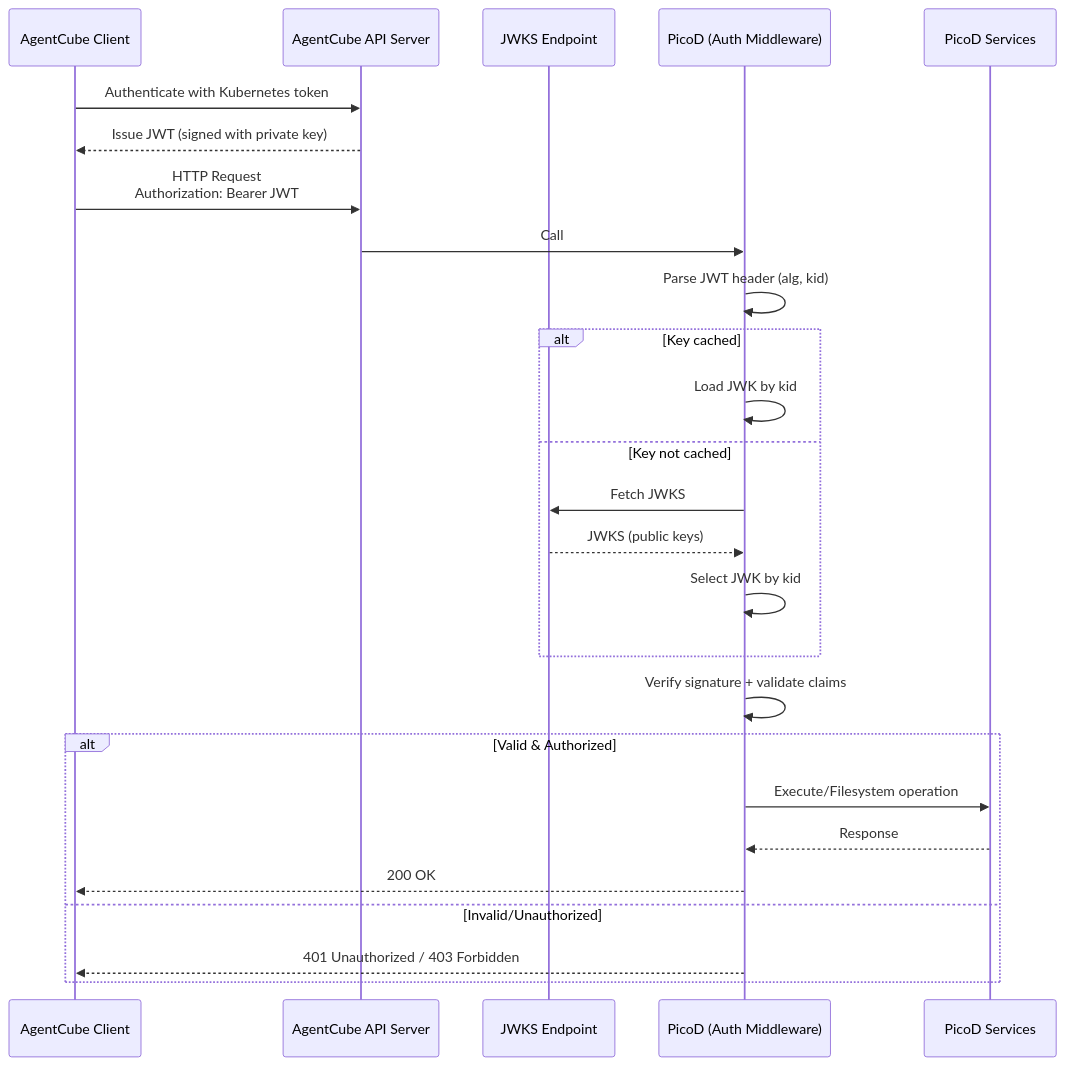
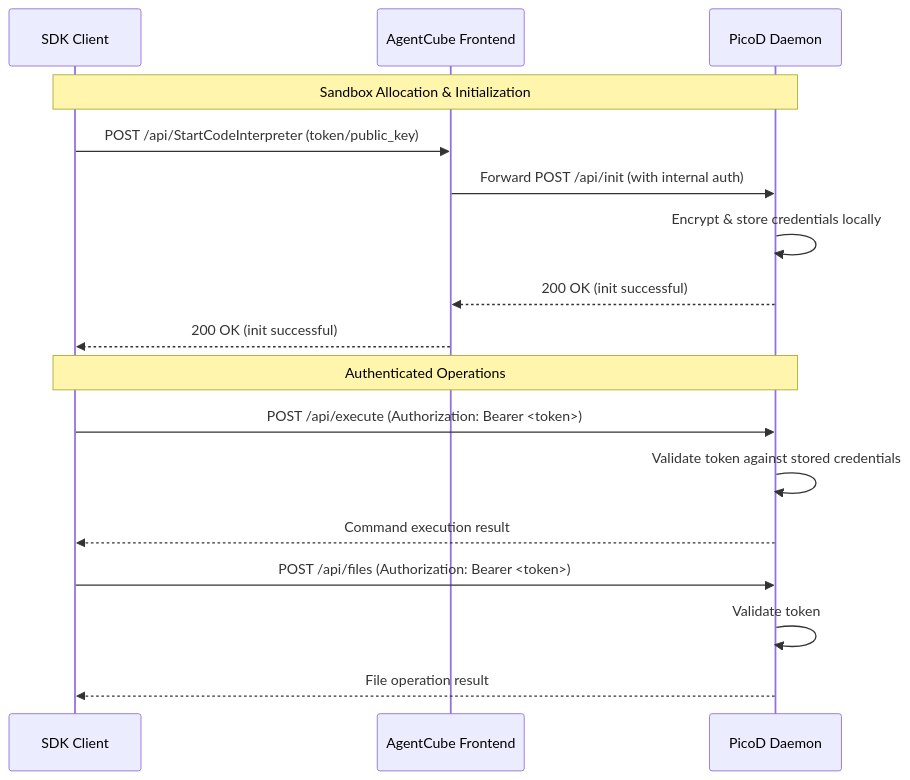
The second of 4 diagrams in docs/design/PicoD-Design.md (VanderChen/agentcube), drawn with Mermaid before and after one commit. The commit also changed other lines of this file, not shown here.

````diff
--- a/docs/design/PicoD-Design.md
+++ b/docs/design/PicoD-Design.md
@@ -230,30 +228,22 @@
 ```mermaid
 sequenceDiagram
-participant Client as AgentCube Client
-participant APIServer as AgentCube API Server
-participant JWKS as JWKS Endpoint
-participant PicoD as PicoD (Auth Middleware)
-participant Service as PicoD Services
-
-Client->>APIServer: Authenticate with Kubernetes token
-APIServer-->>Client: Issue JWT (signed with private key)
-Client->>APIServer: HTTP Request<br/>Authorization: Bearer JWT
-APIServer->>PicoD: Call
-PicoD->>PicoD: Parse JWT header (alg, kid)
-alt Key cached
-PicoD->>PicoD: Load JWK by kid
-else Key not cached
-PicoD->>JWKS: Fetch JWKS
-JWKS-->>PicoD: JWKS (public keys)
-PicoD->>PicoD: Select JWK by kid
-end
-PicoD->>PicoD: Verify signature + validate claims
-alt Valid & Authorized
-PicoD->>Service: Execute/Filesystem operation
-Service-->>PicoD: Response
-PicoD-->>Client: 200 OK
-else Invalid/Unauthorized
-PicoD-->>Client: 401 Unauthorized / 403 Forbidden
-end
-
+    participant Client as SDK Client
+    participant Frontend as AgentCube Frontend
+    participant PicoD as PicoD Daemon
+    
+    Note over Client, PicoD: Sandbox Allocation & Initialization
+    Client->>Frontend: POST /api/StartCodeInterpreter (token/public_key)
+    Frontend->>PicoD: Forward POST /api/init (with internal auth)
+    PicoD->>PicoD: Encrypt & store credentials locally
+    PicoD-->>Frontend: 200 OK (init successful)
+    Frontend-->>Client: 200 OK (init successful)
+    
+    Note over Client, PicoD: Authenticated Operations
+    Client->>PicoD: POST /api/execute (Authorization: Bearer <token>)
+    PicoD->>PicoD: Validate token against stored credentials
+    PicoD-->>Client: Command execution result
+    
+    Client->>PicoD: POST /api/files (Authorization: Bearer <token>)
+    PicoD->>PicoD: Validate token
+    PicoD-->>Client: File operation result
 ```
````
